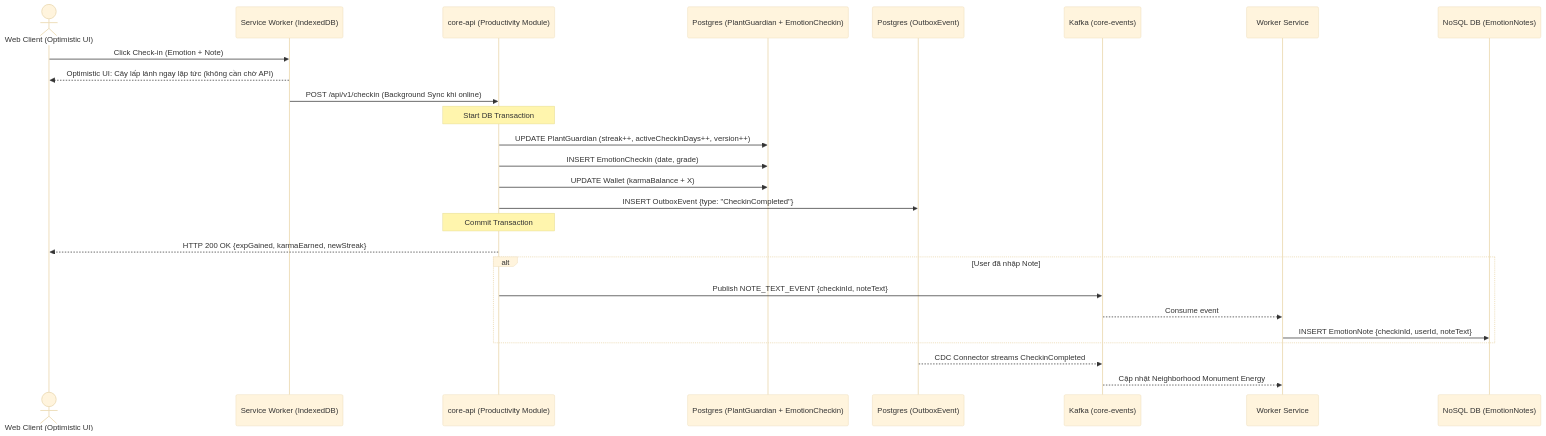
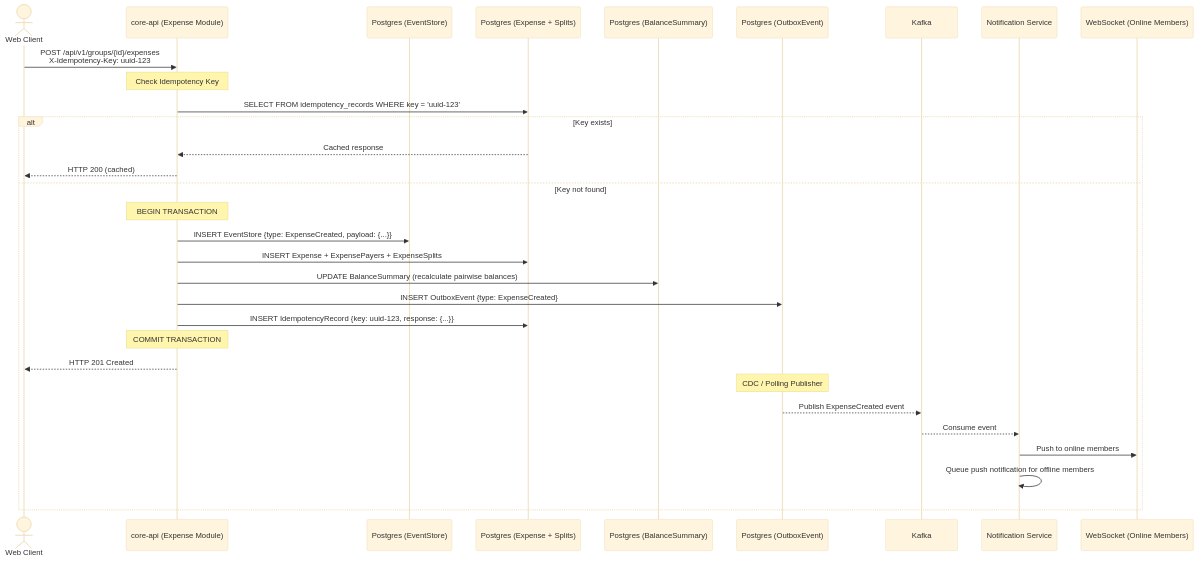
The second of 7 diagrams in docs/03_system_architecture_diagrams.md (minhle106cse/distributed-social-platform), drawn with Mermaid (base theme) before and after one commit. The commit also changed other lines of this file and 35 other files, not shown here.

````diff
--- a/docs/03_system_architecture_diagrams.md
+++ b/docs/03_system_architecture_diagrams.md
@@ -107,35 +161,37 @@
 ```mermaid
 sequenceDiagram
-    actor User as Web Client (Optimistic UI)
-    participant SW as Service Worker (IndexedDB)
-    participant API as core-api (Productivity Module)
-    participant DB as Postgres (PlantGuardian + EmotionCheckin)
+    actor User as Web Client
+    participant API as core-api (Expense Module)
+    participant ES as Postgres (EventStore)
+    participant DB as Postgres (Expense + Splits)
+    participant RM as Postgres (BalanceSummary)
     participant Outbox as Postgres (OutboxEvent)
-    participant Kafka as Kafka (core-events)
-    participant Worker as Worker Service
-    participant NoSQL as NoSQL DB (EmotionNotes)
+    participant Kafka as Kafka
+    participant Notif as Notification Service
+    participant WS as WebSocket (Online Members)
 
-    User->>SW: Click Check-in (Emotion + Note)
-    SW-->>User: Optimistic UI: Cây lấp lánh ngay lập tức (không cần chờ API)
-    SW->>API: POST /api/v1/checkin (Background Sync khi online)
+    User->>API: POST /api/v1/groups/{id}/expenses<br/>X-Idempotency-Key: uuid-123
 
-    Note over API: Start DB Transaction
-    API->>DB: UPDATE PlantGuardian (streak++, activeCheckinDays++, version++)
-    API->>DB: INSERT EmotionCheckin (date, grade)
-    API->>DB: UPDATE Wallet (karmaBalance + X)
-    API->>Outbox: INSERT OutboxEvent {type: "CheckinCompleted"}
-    Note over API: Commit Transaction
+    Note over API: Check Idempotency Key
+    API->>DB: SELECT FROM idempotency_records WHERE key = 'uuid-123'
+    alt Key exists
+        DB-->>API: Cached response
+        API-->>User: HTTP 200 (cached)
+    else Key not found
+        Note over API: BEGIN TRANSACTION
+        API->>ES: INSERT EventStore {type: ExpenseCreated, payload: {...}}
+        API->>DB: INSERT Expense + ExpensePayers + ExpenseSplits
+        API->>RM: UPDATE BalanceSummary (recalculate pairwise balances)
+        API->>Outbox: INSERT OutboxEvent {type: ExpenseCreated}
+        API->>DB: INSERT IdempotencyRecord {key: uuid-123, response: {...}}
+        Note over API: COMMIT TRANSACTION
 
-    API-->>User: HTTP 200 OK {expGained, karmaEarned, newStreak}
+        API-->>User: HTTP 201 Created
 
-    %% Async: Note text vào NoSQL
-    alt User đã nhập Note
-        API->>Kafka: Publish NOTE_TEXT_EVENT {checkinId, noteText}
-        Kafka-->>Worker: Consume event
-        Worker->>NoSQL: INSERT EmotionNote {checkinId, userId, noteText}
+        Note over Outbox: CDC / Polling Publisher
+        Outbox-->>Kafka: Publish ExpenseCreated event
+        Kafka-->>Notif: Consume event
+        Notif->>WS: Push to online members
+        Notif->>Notif: Queue push notification for offline members
     end
-
-    %% Async: Kafka event cho các service khác
-    Outbox-->>Kafka: CDC Connector streams CheckinCompleted
-    Kafka-->>Worker: Cập nhật Neighborhood Monument Energy
 ```
````
